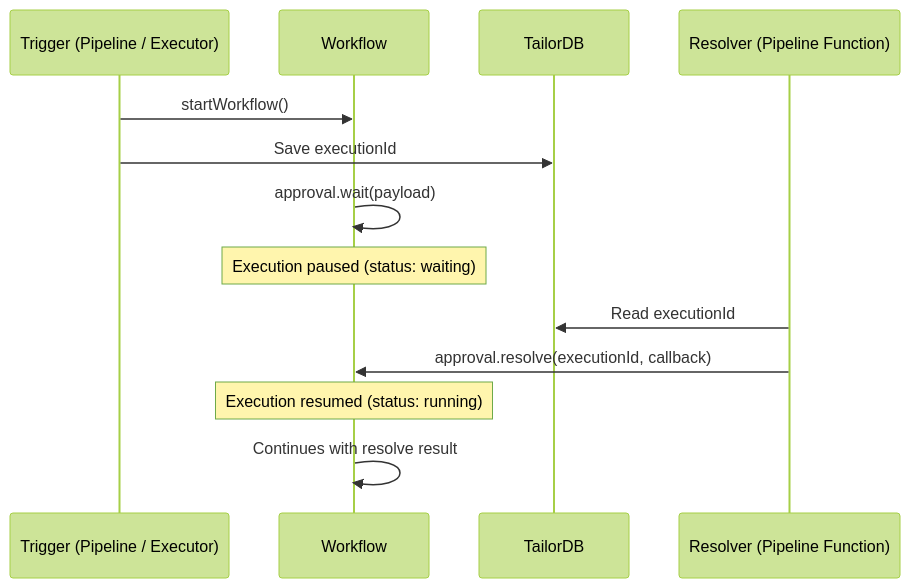
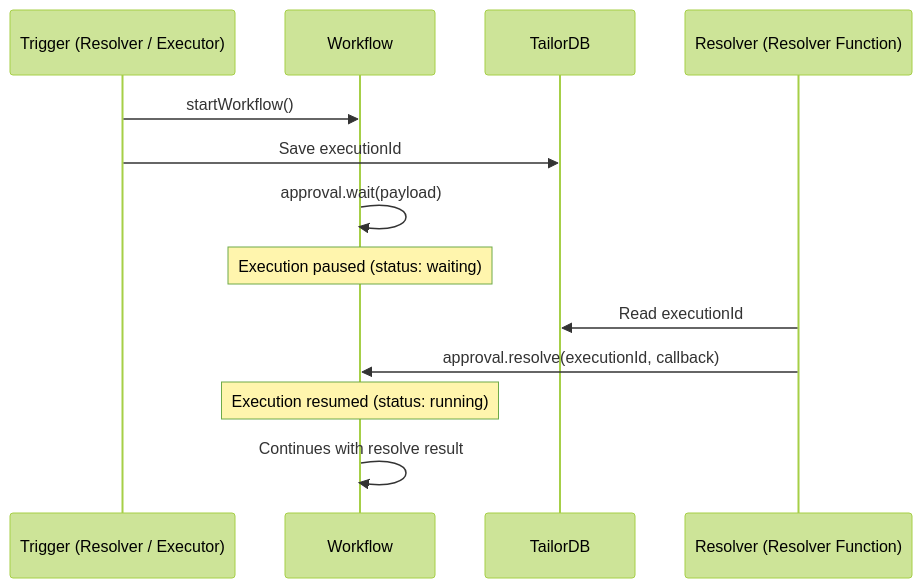
The first of 2 diagrams in docs/guides/workflow/wait-resolve.md (tailor-platform/docs), drawn with Mermaid (forest theme) before and after one commit. The commit also changed other lines of this file and 26 other files, not shown here.

````diff
--- a/docs/guides/workflow/wait-resolve.md
+++ b/docs/guides/workflow/wait-resolve.md
@@ -25,17 +25,17 @@
 ```mermaid
 sequenceDiagram
-    participant Trigger as Trigger (Pipeline / Executor)
+    participant Trigger as Trigger (Resolver / Executor)
     participant Workflow as Workflow
     participant DB as TailorDB
-    participant Resolver as Resolver (Pipeline Function)
+    participant Resolver as Resolver (Resolver Function)
 
     Trigger->>Workflow: startWorkflow()
     Trigger->>DB: Save executionId
     Workflow->>Workflow: approval.wait(payload)
     Note over Workflow: Execution paused (status: waiting)
 
     Resolver->>DB: Read executionId
     Resolver->>Workflow: approval.resolve(executionId, callback)
     Note over Workflow: Execution resumed (status: running)
     Workflow->>Workflow: Continues with resolve result
 ```
````
